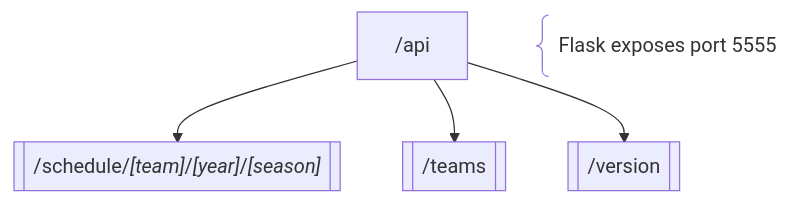
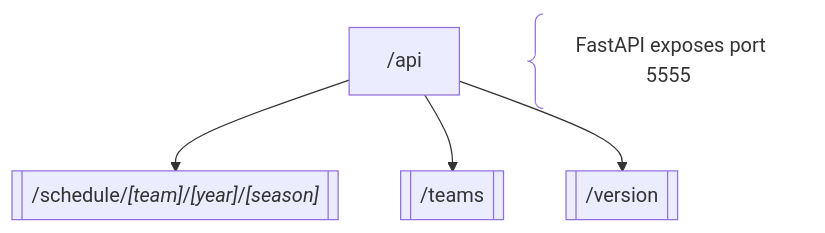
Before and after one commit to chump29/nfld: the diagram in backend/README.md, drawn with Mermaid. The commit also changed other lines of this file and 8 other files, not shown here.

````diff
--- a/backend/README.md
+++ b/backend/README.md
@@ -3,11 +12,11 @@
 ```mermaid
-flowchart
+flowchart TD
 api@{shape: rect, label: "/api"}
 teams@{shape: fr-rect, label: "/teams"}
 schedule[["`/schedule/*[team]*/*[year]*/*[season]*`"]]
 version@{shape: fr-rect, label: "/version"}
 api-->schedule
 api-->teams
 api-->version
-port@{shape: comment, label: "&nbsp; Flask exposes port 5555"}
+port@{shape: comment, label: "&nbsp; FastAPI exposes port 5555"}
 ```
````
